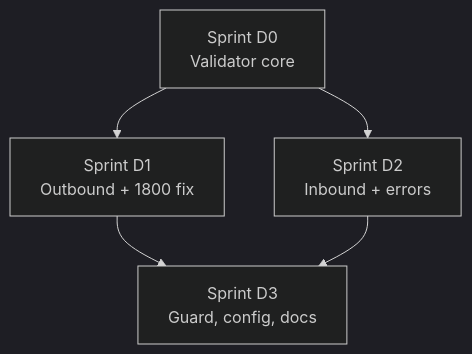
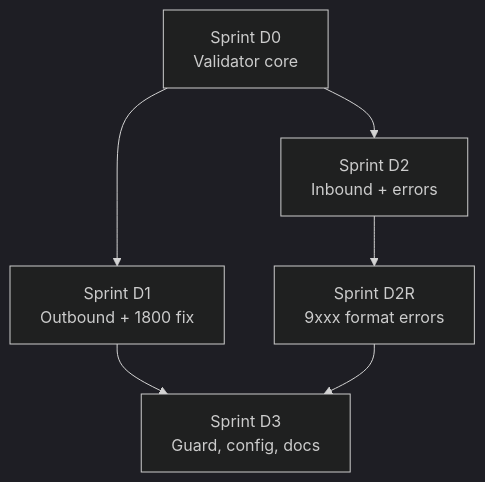
The diagram in docs/specs/sprints/README.md (nikmes/iso8583net), drawn with Mermaid (dark theme) before and after one commit. The commit also changed other lines of this file and 9 other files, not shown here.

First line of the commit message:
feat(d2r): spec-complete 9xxx format-error responses

````diff
--- a/docs/specs/sprints/README.md
+++ b/docs/specs/sprints/README.md
@@ -30,7 +31,8 @@
 ```mermaid
 graph TD
     D0["Sprint D0<br/>Validator core"] --> D1["Sprint D1<br/>Outbound + 1800 fix"]
     D0 --> D2["Sprint D2<br/>Inbound + errors"]
+    D2 --> D2R["Sprint D2R<br/>9xxx format errors"]
     D1 --> D3["Sprint D3<br/>Guard, config, docs"]
-    D2 --> D3
+    D2R --> D3
 ```
````
